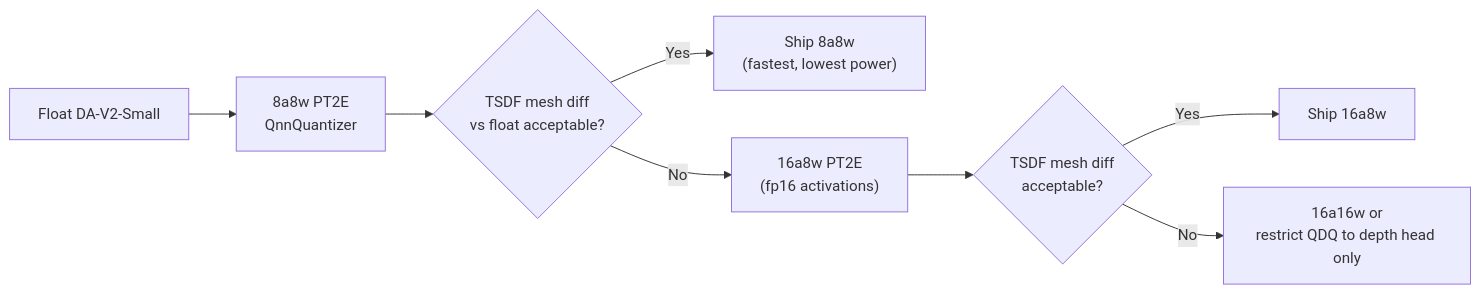
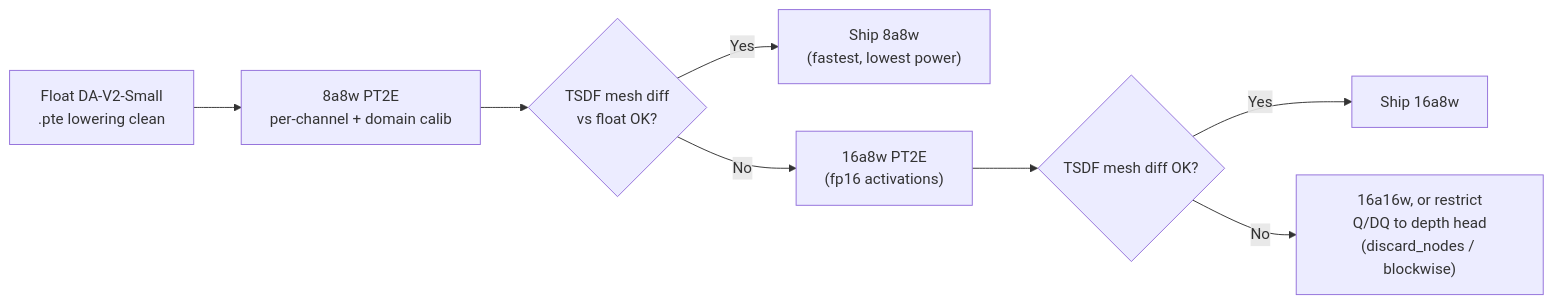
The second of 2 diagrams in roadmap.md (TheActualJacob/lantern), drawn with Mermaid before and after one commit. The commit also changed other lines of this file and 1 other file, not shown here.

Commit message:
updated roadmap

````diff
--- a/roadmap.md
+++ b/roadmap.md
@@ -216,10 +231,10 @@
 ```mermaid
 flowchart LR
-    F["Float DA-V2-Small<br/+.pte lowering clean"] --> Q8["8a8w PT2E<br/>QnnQuantizer"]
-    Q8 --> V8{"TSDF mesh diff<br/>vs float acceptable?"}
+    F["Float DA-V2-Small<br/>.pte lowering clean"] --> Q8["8a8w PT2E<br/>per-channel + domain calib"]
+    Q8 --> V8{"TSDF mesh diff<br/>vs float OK?"}
     V8 -->|Yes| SHIP8["Ship 8a8w<br/>(fastest, lowest power)"]
     V8 -->|No| Q16["16a8w PT2E<br/>(fp16 activations)"]
-    Q16 --> V16{"TSDF mesh diff<br/>acceptable?"}
+    Q16 --> V16{"TSDF mesh diff OK?"}
     V16 -->|Yes| SHIP16["Ship 16a8w"]
-    V16 -->|No| Q1616["16a16w or<br/>restrict QDQ to depth head only"]
+    V16 -->|No| Q1616["16a16w, or restrict<br/>Q/DQ to depth head<br/>(discard_nodes / blockwise)"]
 ```
````
